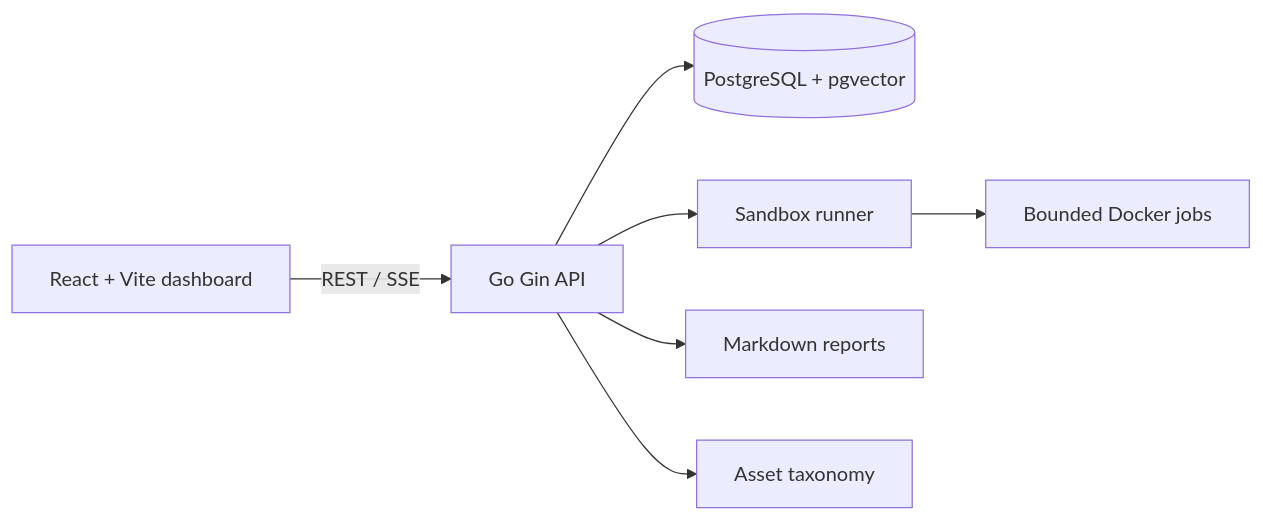
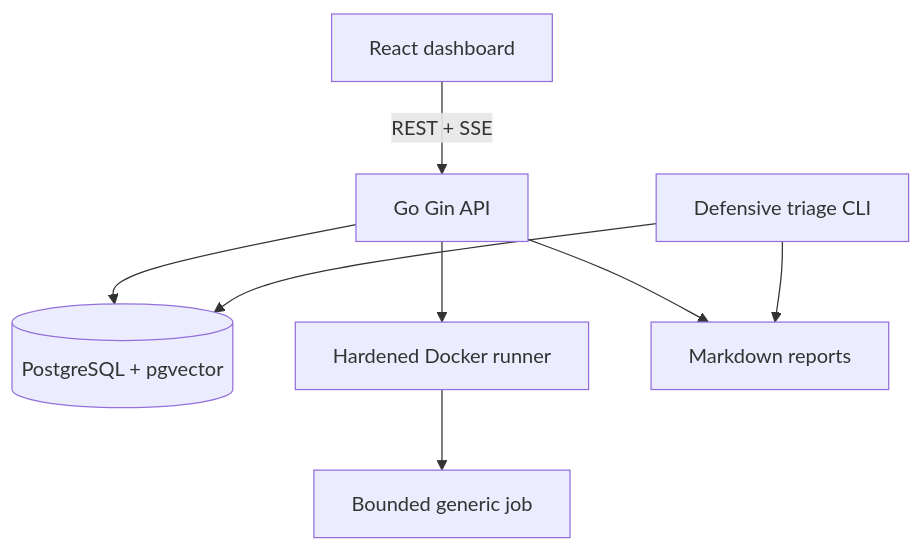
The second of 2 diagrams in README.md (rajatayyabb/wraithforge), drawn with Mermaid before and after one commit. The commit also changed other lines of this file and 21 other files, not shown here.

Commit message:
Add v2 defensive triage layer

````diff
--- a/README.md
+++ b/README.md
@@ -38,9 +62,10 @@
 ```mermaid
-flowchart LR
-    UI[React + Vite dashboard] -->|REST / SSE| API[Go Gin API]
+flowchart TB
+    UI[React dashboard] -->|REST + SSE| API[Go Gin API]
     API --> DB[(PostgreSQL + pgvector)]
-    API --> RUN[Sandbox runner]
-    RUN --> JOB[Bounded Docker jobs]
-    API --> REPORT[Markdown reports]
-    API --> TAX[Asset taxonomy]
+    API --> SB[Hardened Docker runner]
+    SB --> JOB[Bounded generic job]
+    API --> REP[Markdown reports]
+    TRI[Defensive triage CLI] --> DB
+    TRI --> REP
 ```
````
